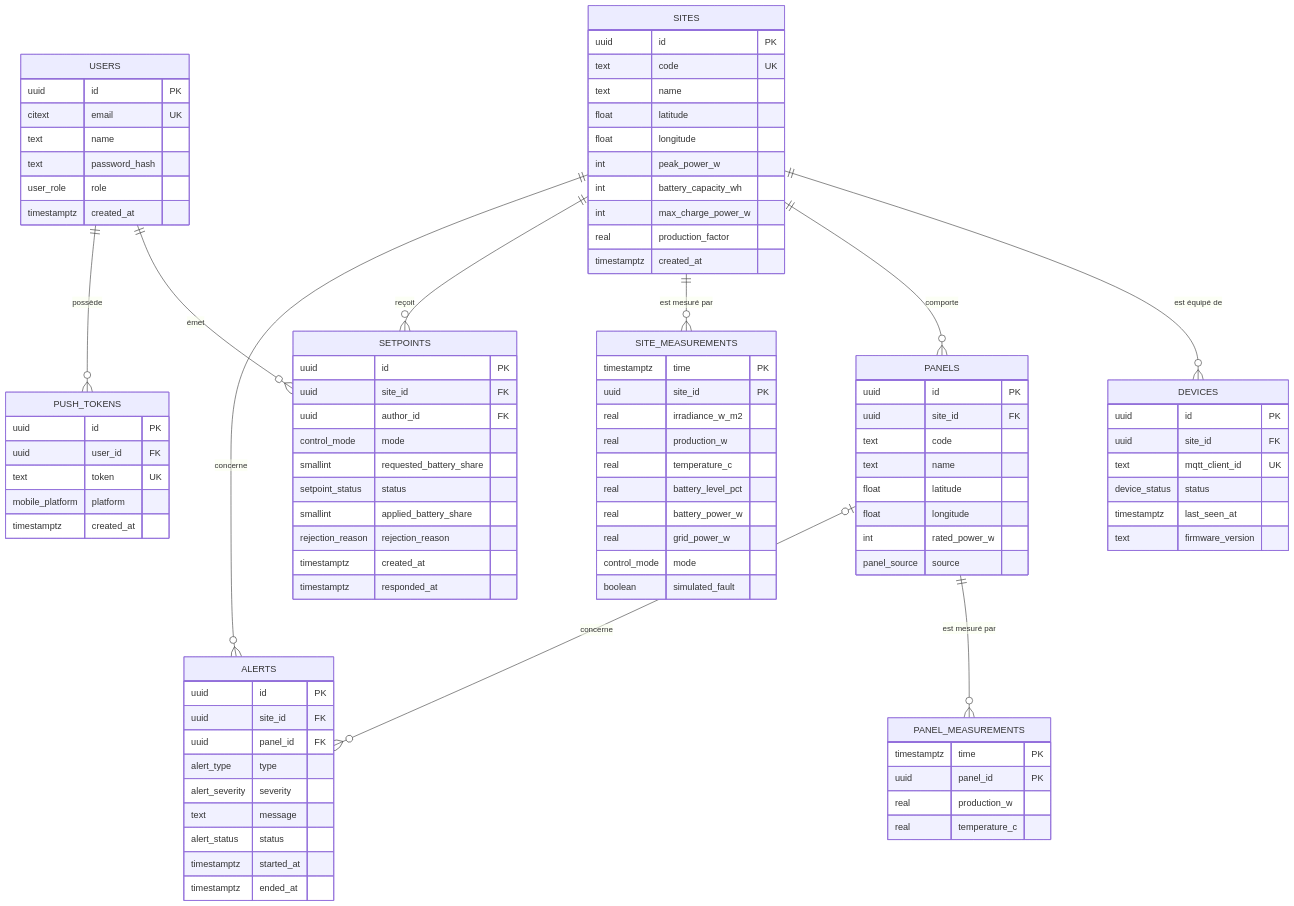
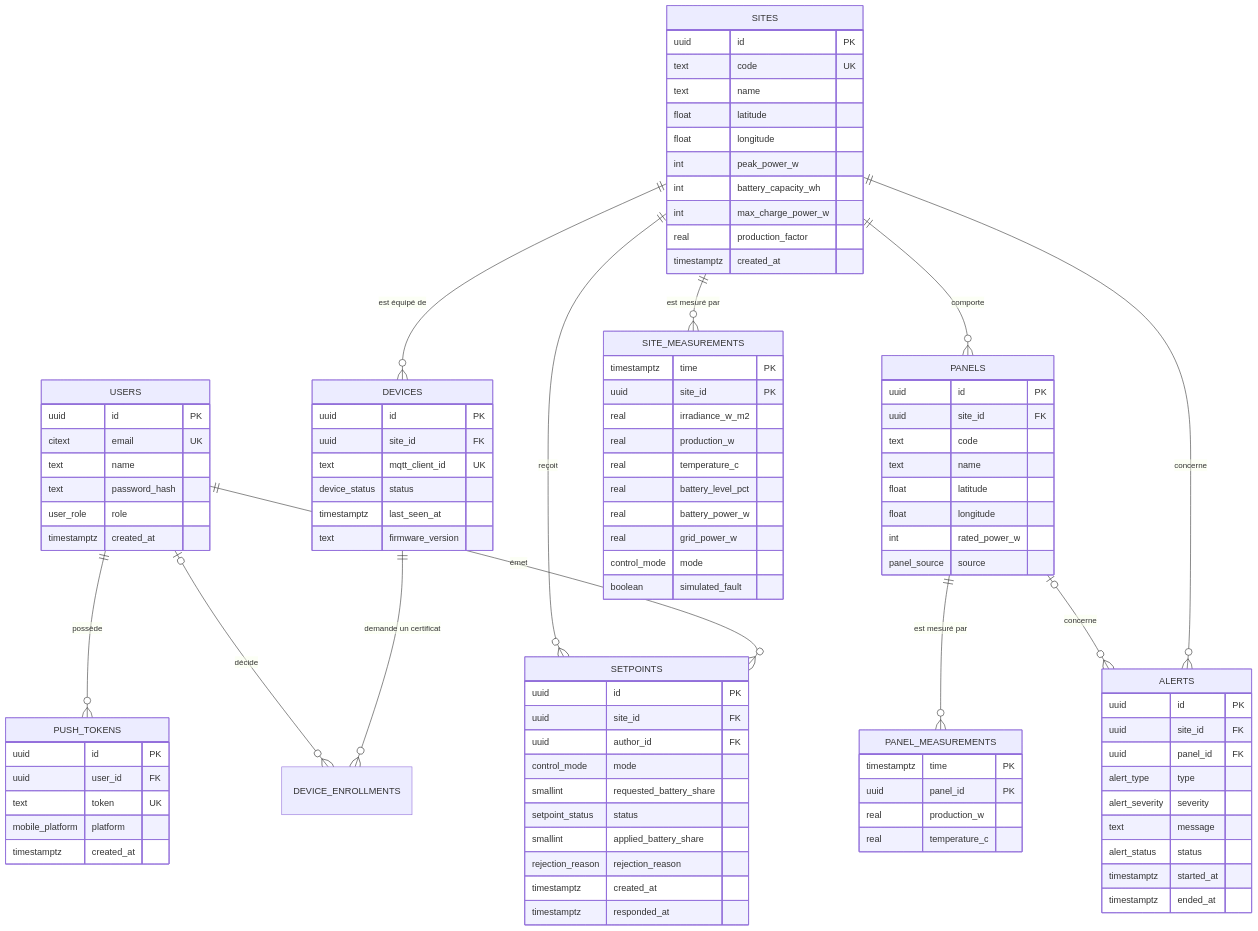
One commit to SamuelLnds/proj-app-mobile-co changed the diagram in docs/conception/01-modele-donnees.md. Above: the diagram before and after it, drawn with Mermaid. The commit also changed other lines of this file and 34 other files, not shown here.

```diff
--- a/docs/conception/01-modele-donnees.md
+++ b/docs/conception/01-modele-donnees.md
@@ -54,6 +54,8 @@
   SITES ||--o{ SETPOINTS : "reçoit"
   SITES ||--o{ ALERTS : "concerne"
   PANELS |o--o{ ALERTS : "concerne"
+  DEVICES ||--o{ DEVICE_ENROLLMENTS : "demande un certificat"
+  USERS |o--o{ DEVICE_ENROLLMENTS : "décide"
 
   USERS {
     uuid id PK
```
